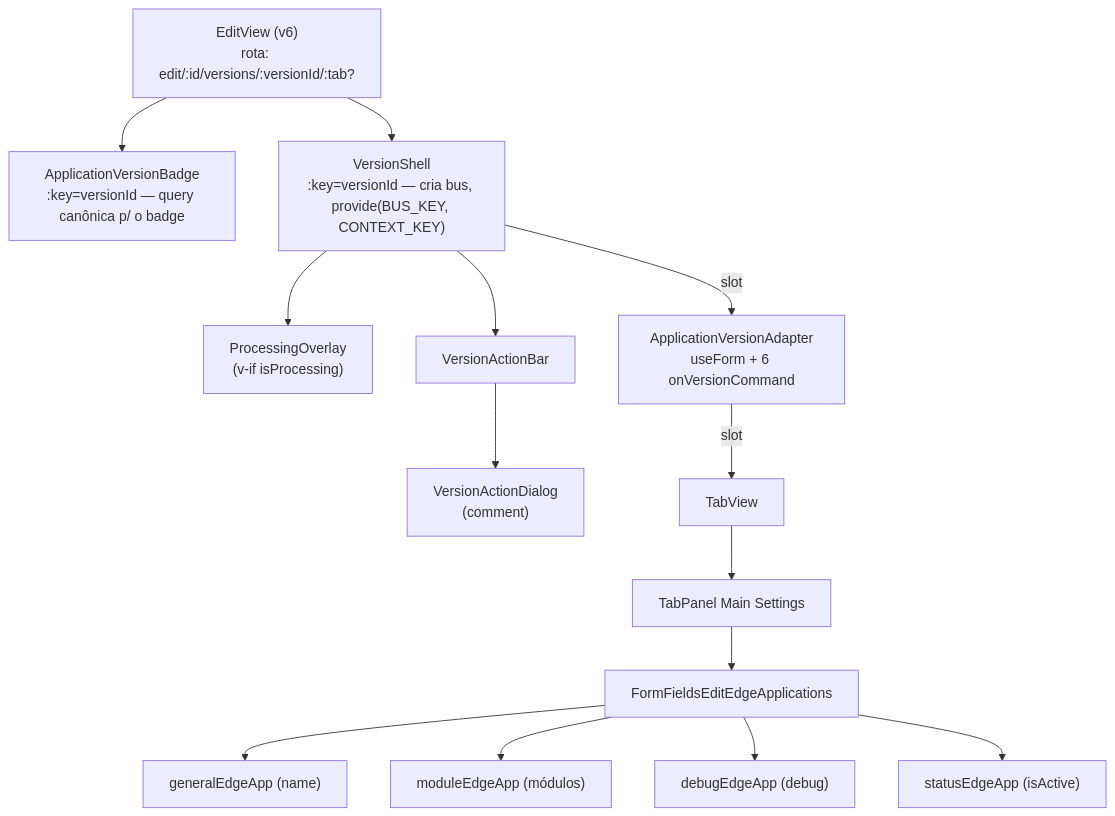
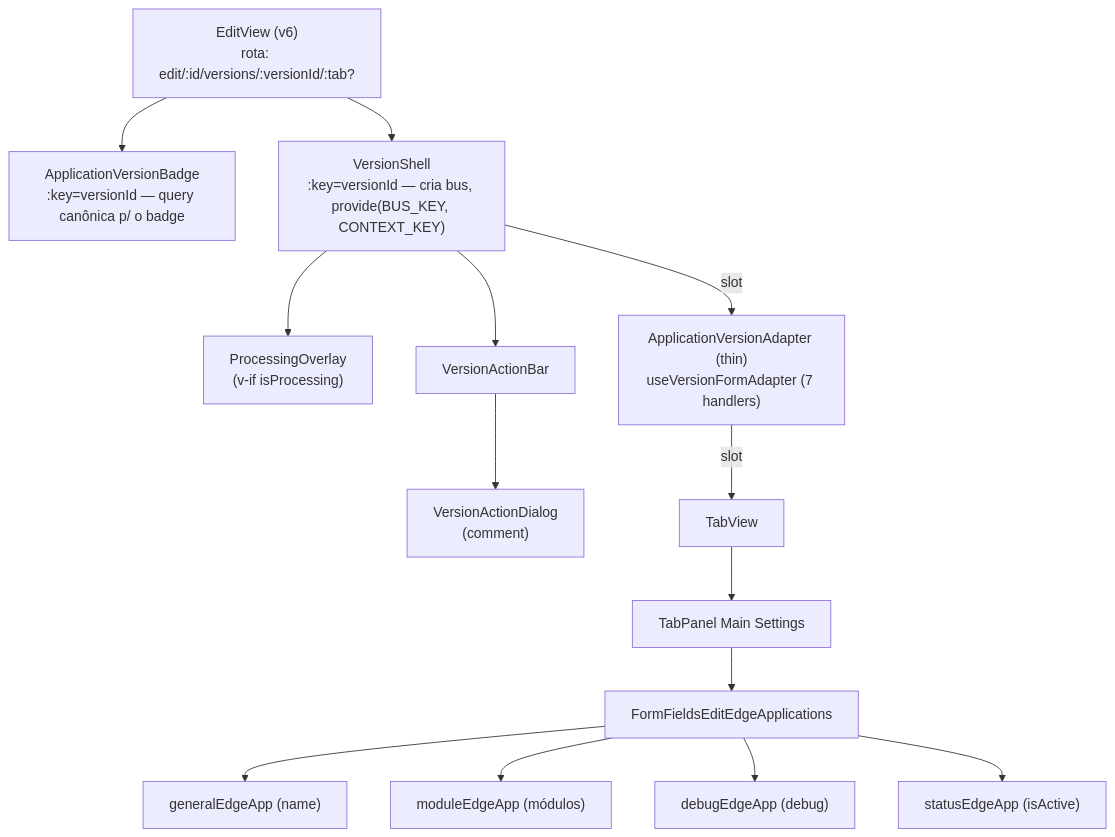
The first of 7 diagrams in docs/VERSION-SHELL.md (aziontech/azion-console-kit), drawn with Mermaid before and after one commit. The commit also changed other lines of this file and 1 other file, not shown here.

Commit message:
docs: update VERSION-SHELL guide and add shell-untouched gate script

````diff
--- a/docs/VERSION-SHELL.md
+++ b/docs/VERSION-SHELL.md
@@ -71,17 +76,17 @@
 ```mermaid
 flowchart TD
   EV["EditView (v6)<br/>rota: edit/:id/versions/:versionId/:tab?"]
   EV --> AVB["ApplicationVersionBadge<br/>:key=versionId — query canônica p/ o badge"]
   EV --> VS["VersionShell<br/>:key=versionId — cria bus, provide(BUS_KEY, CONTEXT_KEY)"]
   VS --> PO["ProcessingOverlay<br/>(v-if isProcessing)"]
   VS --> VAB["VersionActionBar"]
   VAB --> VAD["VersionActionDialog<br/>(comment)"]
-  VS -->|slot| AD["ApplicationVersionAdapter<br/>useForm + 6 onVersionCommand"]
+  VS -->|slot| AD["ApplicationVersionAdapter (thin)<br/>useVersionFormAdapter (7 handlers)"]
   AD -->|slot| TV["TabView"]
   TV --> TP["TabPanel Main Settings"]
   TP --> FF["FormFieldsEditEdgeApplications"]
   FF --> B1["generalEdgeApp (name)"]
   FF --> B2["moduleEdgeApp (módulos)"]
   FF --> B3["debugEdgeApp (debug)"]
   FF --> B4["statusEdgeApp (isActive)"]
 ```
````
